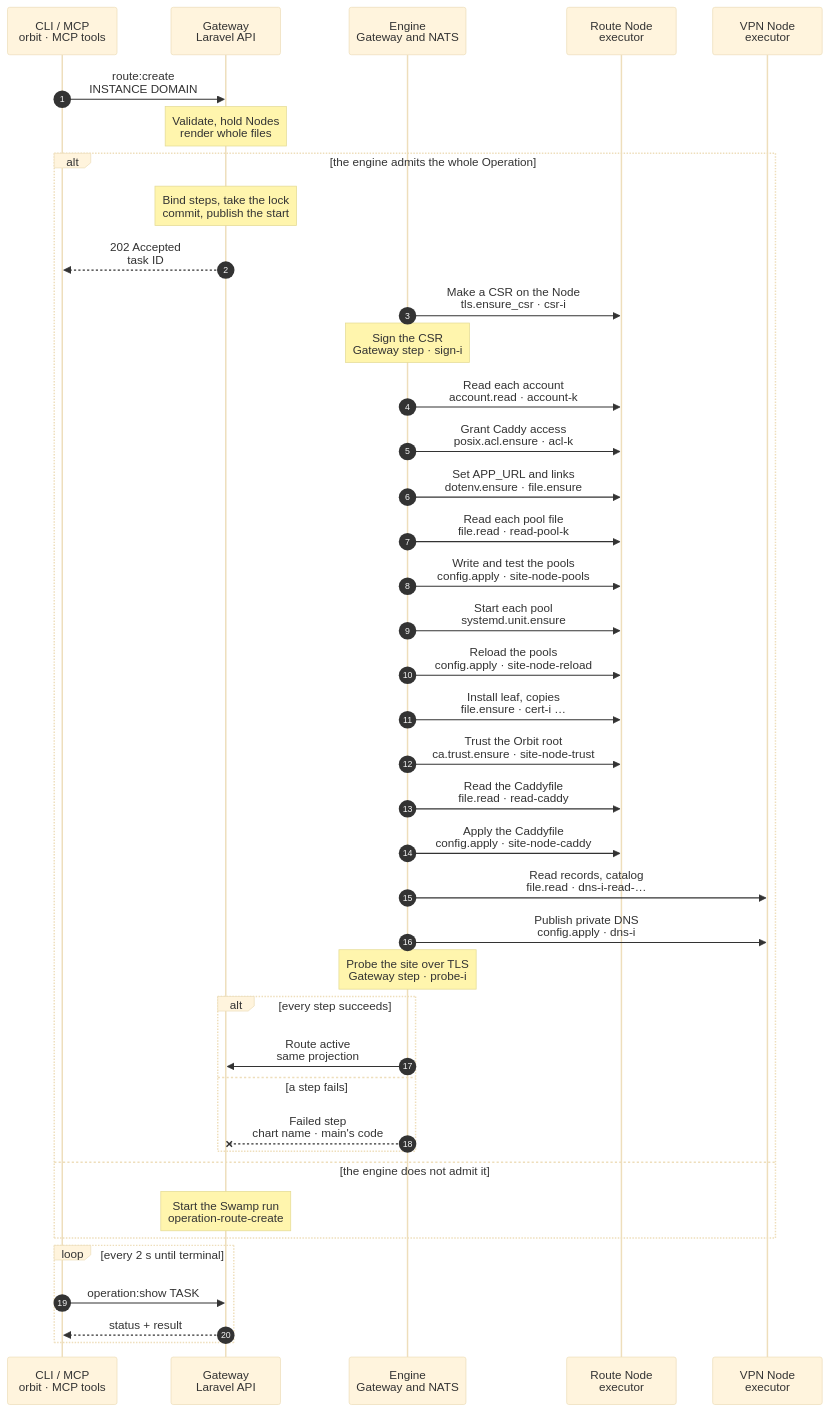
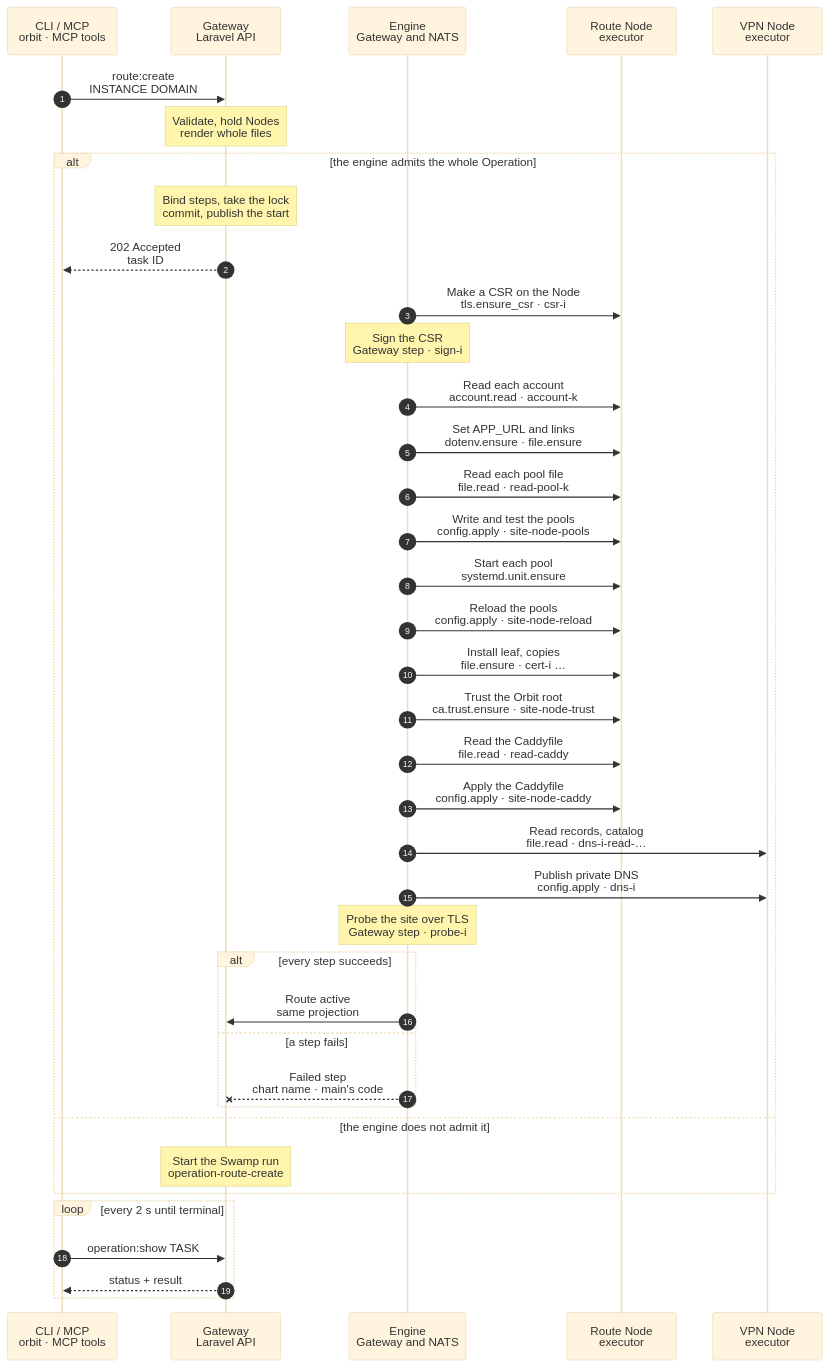
Before and after one commit to hardimpactdev/orbit: the diagram in docs/cli/route/engine/create.mmd, drawn with Mermaid (base theme). The commit also changed 6 other files, not shown here.

First line of the commit message:
ORB-6352: a guard conflict records the chart step's code; access rows wait on A4

```diff
--- a/docs/cli/route/engine/create.mmd
+++ b/docs/cli/route/engine/create.mmd
@@ -1,78 +1,76 @@
 sequenceDiagram
   %% route.create on the Gateway engine: the steps of route/create.mmd (workflow operation-route-create) as host catalogue primitives composed in the Gateway (RouteEngineFlow, RouteHostSteps). ADR 0271, Routes rewrite PR B (ORB-6352).
-  %% Caddy's recursive access runs on the engine only on a Node that takes posix.acl.ensure with `scope: tree` (feature `posix.acl.tree`); otherwise the Route runs on Swamp.
+  %% Pending A4: Caddy's recursive access needs posix.acl.ensure with `scope: tree`; a Route with access rows runs on Swamp until it lands.
   %% status: draft
   %% command: route:create
   %% kind: route.create
   autonumber
   %% lane CLI icon=terminal pill=caller tone=gray
   %% lane GW icon=gateway pill=intent tone=blue
   %% lane EN icon=workflow pill=engine tone=purple
   %% lane N icon=server pill=executor tone=amber
   %% lane V icon=server pill=executor tone=green
   participant CLI as CLI / MCP<br/>orbit · MCP tools
   participant GW as Gateway<br/>Laravel API
   participant EN as Engine<br/>Gateway and NATS
   participant N as Route Node<br/>executor
   participant V as VPN Node<br/>executor
   CLI->>GW: route:create<br/>INSTANCE DOMAIN
   Note over GW: Validate, hold Nodes<br/>render whole files
   %%> Same guards and admitted plan as route/create.mmd (`route_create`, NativeRouteCreatePlan)
   %%> The publication hold covers every Node of the plan: site and leaf Nodes and each VPN Node with DNS work, from the reads to the guarded writes, also after an admission wait (RoutePublicationHolds)
   %%> Each account the Node's steps write for is read on the Node first (`account.read`): home, primary group and gid by NSS; pools are rendered with the group's name
   alt the engine admits the whole Operation
     %%> Admission, one decision per Operation (EngineKinds::routes):
     %%> - `route.create` is in `ORBIT_ENGINE_KINDS`, and every Node a step touches reports each step's primitive in `$KV.NODES` (the `host` family with `account.read`, agent 0.37.0), with `tls.csr_input` on the leaf Node; every build with the host family has file.ensure `source_path`, so the key copy needs no feature
     %%> - the flow accepts the plan shape; an Ingress edge, a LAN rule, a production `.env`, awake markers, Caddy access rows, or a pool outside the two pool kinds throws `EngineUnsupported`
-    %%> - the kind's own admission (RouteEngineFlow::admit) also refuses a Route with Caddy access rows on a Node without `posix.acl.tree`, and a Node with work that lacks one host primitive, or a leaf Node that lacks `tls.csr_input`
+    %%> - the kind's own admission (RouteEngineFlow::admit) also refuses a Route with Caddy access rows, and a Node with work that lacks one host primitive, or a leaf Node that lacks `tls.csr_input`
     %%> - production never moves: a site or leaf Node that is not an app-dev Node (app-prod, unclassified, no role), a DNS Node without the vpn role, a target Instance outside development, or an intent with a production placement or `production_control` keeps the whole Operation on Swamp
     Note over GW: Bind steps, take the lock<br/>commit, publish the start
     GW-->>CLI: 202 Accepted<br/>task ID
     EN->>N: Make a CSR on the Node<br/>tls.ensure_csr · csr-i
     %%> The Gateway sends the folder, its root:caddy owner, modes 0750 and 0640, and the subject; the key never leaves the Node
     Note over EN: Sign the CSR<br/>Gateway step · sign-i
     %%> As `operation:direct:certificate-sign`; a pending cancel refuses
     EN->>N: Read each account<br/>account.read · account-k
     %%> The Node's account (leaf copies, pools) and each other link owner; the recorded answer keeps a retry byte for byte; an absent account fails the next step that needs it (`route.publish_failed`)
-    EN->>N: Grant Caddy access<br/>posix.acl.ensure · acl-k
-    %%> Only on a Node that reports `posix.acl.tree`: one entry per admitted row and path, subject caddy, run as the row's account; `deny`, `grant` and the default entries of every folder below take `scope: tree`, the passage above a served root is one path's entry
     EN->>N: Set APP_URL and links<br/>dotenv.ensure · file.ensure
     %%> `site-node-url-k`: the last `APP_URL=` line of an existing `.env` that the account owns, replaced or appended; `site-node-link-k`: a release link owned by its account
     EN->>N: Read each pool file<br/>file.read · read-pool-k
     %%> One path, read only: absent, or present with its type, owner, mode and, for a regular file, its SHA-256; never its content. The step records the answer
     EN->>N: Write and test the pools<br/>config.apply · site-node-pools
     %%> Under `/etc/caddy/.orbit-publish.lock`: each pool rendered whole with the account's group and home, root:root 0644, with the digest its read recorded as `from_sha256` (none when absent); `php-fpm` validators from the fixed list; a failed test restores the files
     EN->>N: Start each pool<br/>systemd.unit.ensure
     EN->>N: Reload the pools<br/>config.apply · site-node-reload
     %%> The same files with the digest of the bytes the install left as their guard, so it writes nothing and refuses a change made since; validators, then each pool unit reloads on every run, as route.publish_site did
     EN->>N: Install leaf, copies<br/>file.ensure · cert-i …
     %%> `cert-i`: the signed leaf, root:caddy 0644; `current-i`: the version link; `folder-i`: the account copy's folder, root 0755 as `install -D` made it; `key-i`: the key copied on the Node (`source_path`), account 0600; `copy-i`: the leaf, account 0600; `copylink-i`: the account's version link
     EN->>N: Trust the Orbit root<br/>ca.trust.ensure · site-node-trust
     %%> Named after the root's fingerprint (`orbit-managed-root-ca-<16 hex>.crt`), so a new root gets its own name and hash link; an old root stays until the Gateway knows it (follow-up)
     %%> `orbit-managed-root-ca.crt`, root:root 0644; the plain `update-ca-certificates` runs after a change
     EN->>N: Read the Caddyfile<br/>file.read · read-caddy
     EN->>N: Apply the Caddyfile<br/>config.apply · site-node-caddy
     %%> Under `/etc/caddy/.orbit-publish.lock`: the whole Caddyfile, root:caddy 0640, with the digest its read recorded; validated as `caddy`; Caddy reloads on every run; a failed validation or reload restores the file
     EN->>V: Read records, catalog<br/>file.read · dns-i-read-…
     EN->>V: Publish private DNS<br/>config.apply · dns-i
     %%> Beside the sites, after the signatures. Under `/run/lock/orbit-dnsmasq.lock`: records and catalog, root:root 0644, each with the digest its read recorded; the `dnsmasq` validator over `/etc/dnsmasq.conf` and `/etc/dnsmasq.d`; dnsmasq and the private DNS listener restart on every run
     Note over EN: Probe the site over TLS<br/>Gateway step · probe-i
     %%> After each Node's last site step: a TLS handshake by WireGuard address, trusting only the Orbit root
     %%> A read that finds a link in a file's place runs that file's unlink step (`file.ensure` absent, never following it), and the write then sends no guard; for any other read the unlink step is done without an order (EngineSkip)
     %%> Every config.apply input comes from the admitted plan and the recorded reads, so a resend carries the same bytes, the order's identity; each step has its own `recovery_dir` under `/var/lib/orbit/executor/config-recovery` (`pool-install`, `pool-reload`, `caddy`, `dns`)
-    %%> The writes overwrite whatever the Node held at the read, as main's route.create did: a pool with a numeric gid or a catalog in another key order is replaced; the guard refuses `owned_revision_conflict` only when a file changed between its read and its write, under the Node publication hold and the lock
+    %%> The writes overwrite whatever the Node held at the read, as main's route.create did: a pool with a numeric gid or a catalog in another key order is replaced; the guard refuses only when a file changed between its read and its write, under the Node publication hold and the lock
     alt every step succeeds
       EN->>GW: Route active<br/>same projection
     else a step fails
       EN--xGW: Failed step<br/>chart name · main's code
-      %%> A Node's site steps record `Install cert, publish site-<node>` with `route.publish_failed`; `dns-i` records `Publish private DNS-i` with `private_dns.publication_failed`, main's codes; a guard refusal keeps `owned_revision_conflict`
+      %%> A Node's site steps record `Install cert, publish site-<node>` with `route.publish_failed`; `dns-i` records `Publish private DNS-i` with `private_dns.publication_failed`, main's codes; a guard refusal records its chart step's code too, as main maps it
     end
   else the engine does not admit it
     Note over GW: Start the Swamp run<br/>operation-route-create
     %%> No step runs on the engine; an Operation never splits across engines
-    %%> A Route with Caddy access rows on a Node without `posix.acl.tree` runs here, with Swamp's recursive access; PR D keeps the old actions until every Node takes the tree scope
+    %%> A Route with Caddy access rows runs here, with Swamp's recursive access, until A4 lands; PR D keeps the old actions until then
   end
   loop every 2 s until terminal
     CLI->>GW: operation:show TASK
     GW-->>CLI: status + result
   end
```
